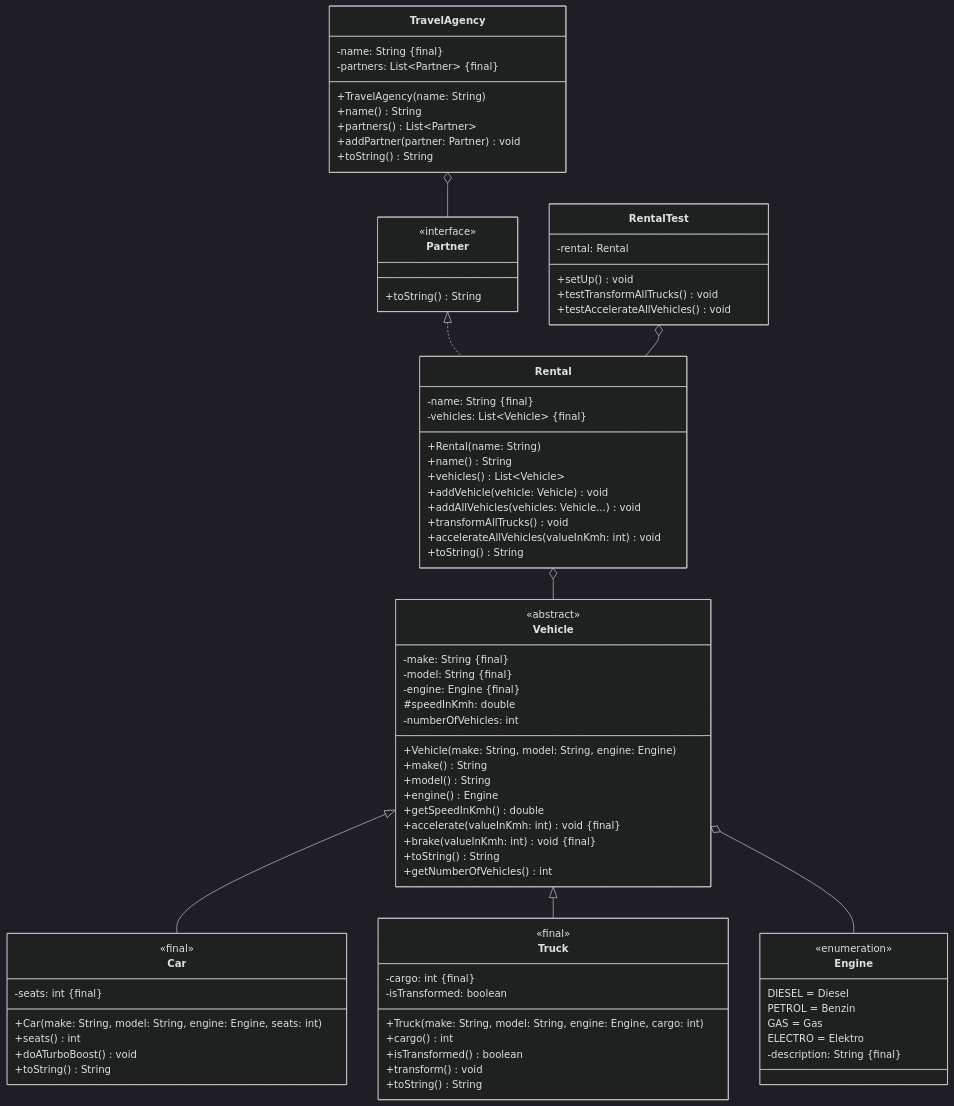
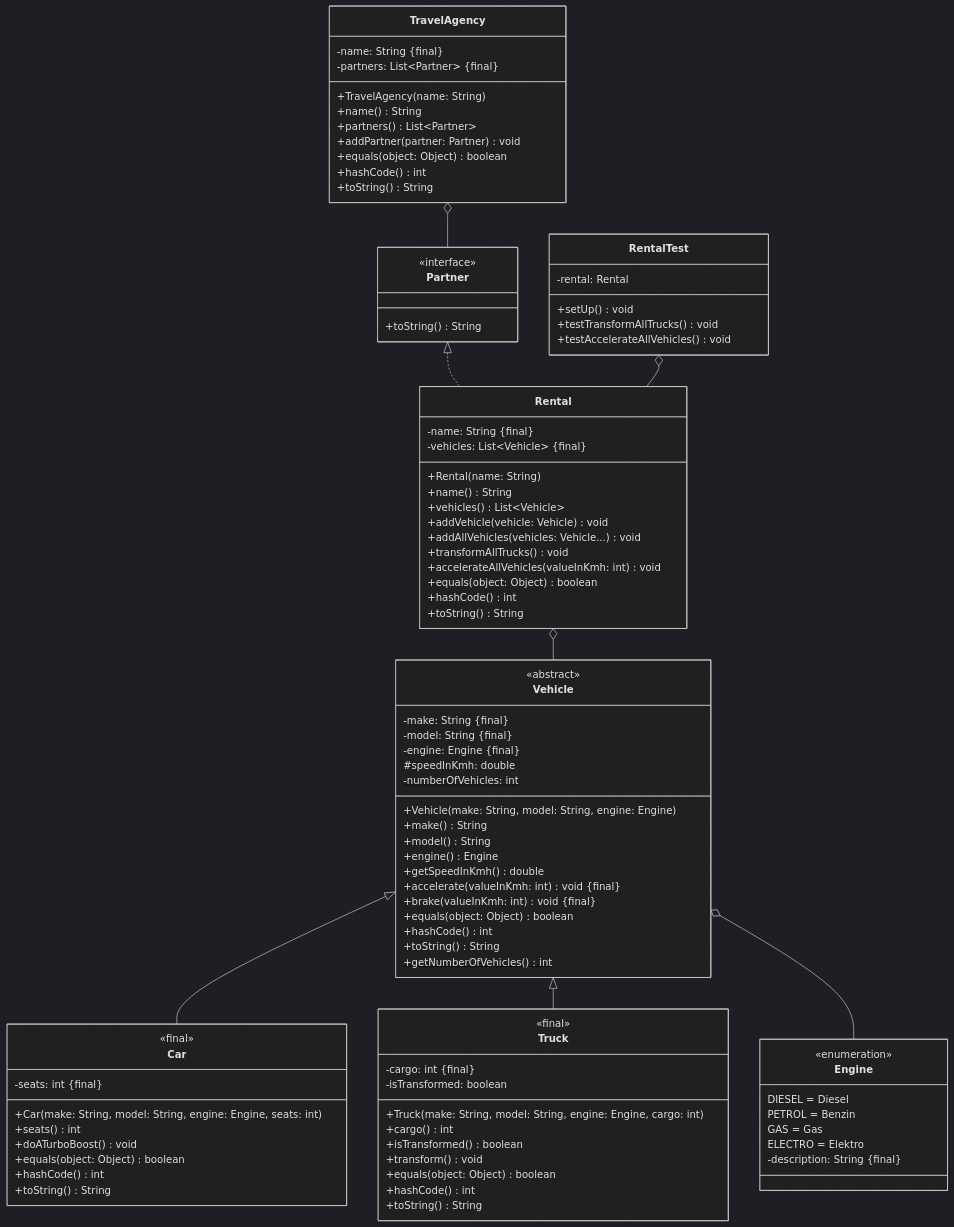
Before and after one commit to jappuccini/java-docs: the diagram in docs/exercises/unit-tests/unit-tests02.md, drawn with Mermaid (dark theme). The commit also changed 10 other files, not shown here.

```diff
--- a/docs/exercises/unit-tests/unit-tests02.md
+++ b/docs/exercises/unit-tests/unit-tests02.md
@@ -33,6 +33,8 @@
         +getSpeedInKmh() double
         +accelerate(valueInKmh: int) void &#123final&#125
         +brake(valueInKmh: int) void &#123final&#125
+        +equals(object: Object) boolean
+        +hashCode() int
         +toString() String
         +getNumberOfVehicles()$ int
     }
@@ -52,6 +54,8 @@
         +Car(make: String, model: String, engine: Engine, seats: int)
         +seats() int
         +doATurboBoost() void
+        +equals(object: Object) boolean
+        +hashCode() int
         +toString() String
     }
 
@@ -63,6 +67,8 @@
         +cargo() int
         +isTransformed() boolean
         +transform() void
+        +equals(object: Object) boolean
+        +hashCode() int
         +toString() String
     }
 
@@ -76,6 +82,8 @@
         +addAllVehicles(vehicles: Vehicle...) void
         +transformAllTrucks() void
         +accelerateAllVehicles(valueInKmh: int) void
+        +equals(object: Object) boolean
+        +hashCode() int
         +toString() String
     }
 
@@ -91,6 +99,8 @@
         +name() String
         +partners() List~Partner~
         +addPartner(partner: Partner) void
+        +equals(object: Object) boolean
+        +hashCode() int
         +toString() String
     }
 
```
